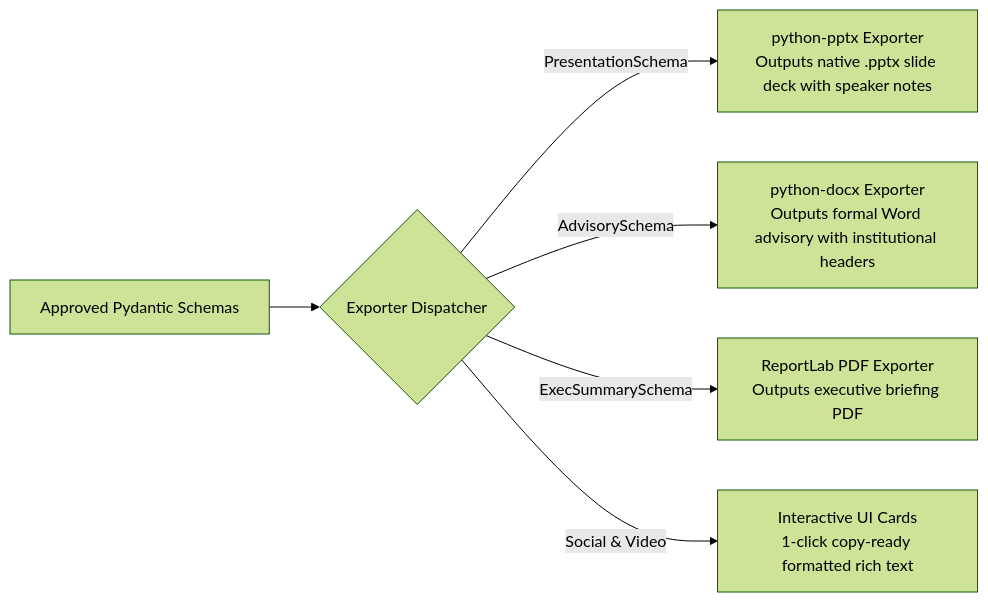
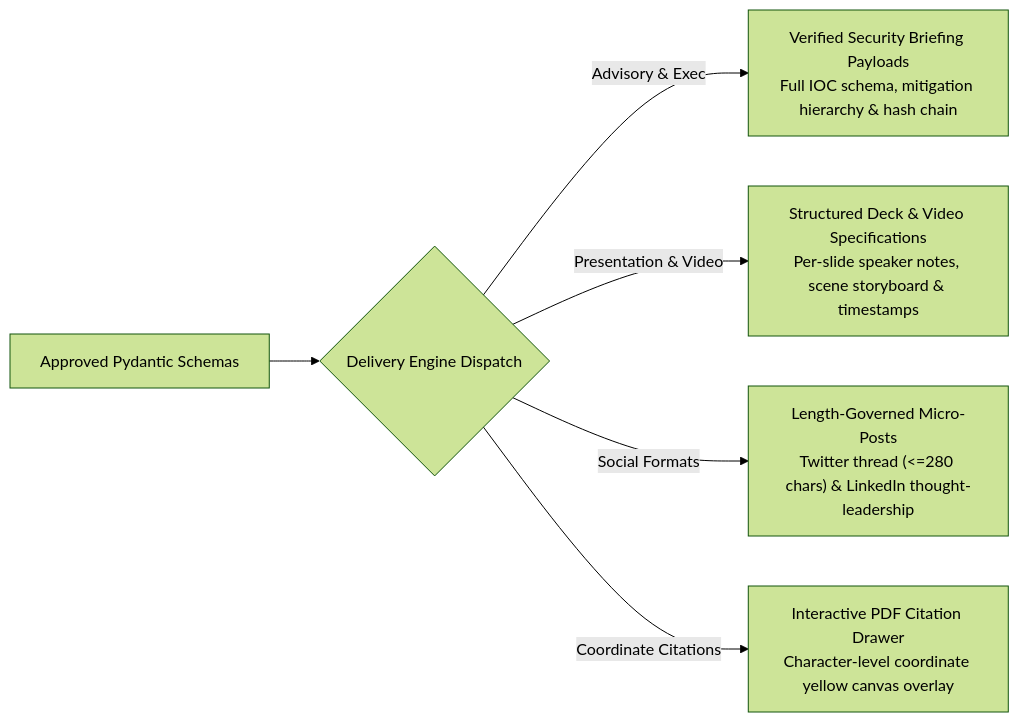
Before and after one commit to Pranav1632/sih1: diagram 11 of 12 in build_specifications/architecture_master_breakdown.md, drawn with Mermaid (forest theme). The commit also changed other lines of this file and 21 other files, not shown here.

Commit message:
feat: complete UI/UX overhaul, collapsible advanced parameters, zip exporter, streaming alignment, and pitch deck artifacts

````diff
--- a/build_specifications/architecture_master_breakdown.md
+++ b/build_specifications/architecture_master_breakdown.md
@@ -300,9 +300,9 @@
 ```mermaid
 flowchart LR
-    VALIDATED_SCHEMAS["Approved Pydantic Schemas"] --> DISPATCH{"Exporter Dispatcher"}
+    VALIDATED_SCHEMAS["Approved Pydantic Schemas"] --> DISPATCH{"Delivery Engine Dispatch"}
     
-    DISPATCH -->|"PresentationSchema"| EXP_PPTX["python-pptx Exporter<br/>Outputs native .pptx slide deck with speaker notes"]
-    DISPATCH -->|"AdvisorySchema"| EXP_DOCX["python-docx Exporter<br/>Outputs formal Word advisory with institutional headers"]
-    DISPATCH -->|"ExecSummarySchema"| EXP_PDF["ReportLab PDF Exporter<br/>Outputs executive briefing PDF"]
-    DISPATCH -->|"Social & Video"| EXP_WEB["Interactive UI Cards<br/>1-click copy-ready formatted rich text"]
+    DISPATCH -->|"Advisory & Exec"| PAYLOAD_SEC["Verified Security Briefing Payloads<br/>Full IOC schema, mitigation hierarchy & hash chain"]
+    DISPATCH -->|"Presentation & Video"| PAYLOAD_PRES["Structured Deck & Video Specifications<br/>Per-slide speaker notes, scene storyboard & timestamps"]
+    DISPATCH -->|"Social Formats"| PAYLOAD_SOC["Length-Governed Micro-Posts<br/>Twitter thread (<=280 chars) & LinkedIn thought-leadership"]
+    DISPATCH -->|"Coordinate Citations"| DRAWER["Interactive PDF Citation Drawer<br/>Character-level coordinate yellow canvas overlay"]
 ```
````
